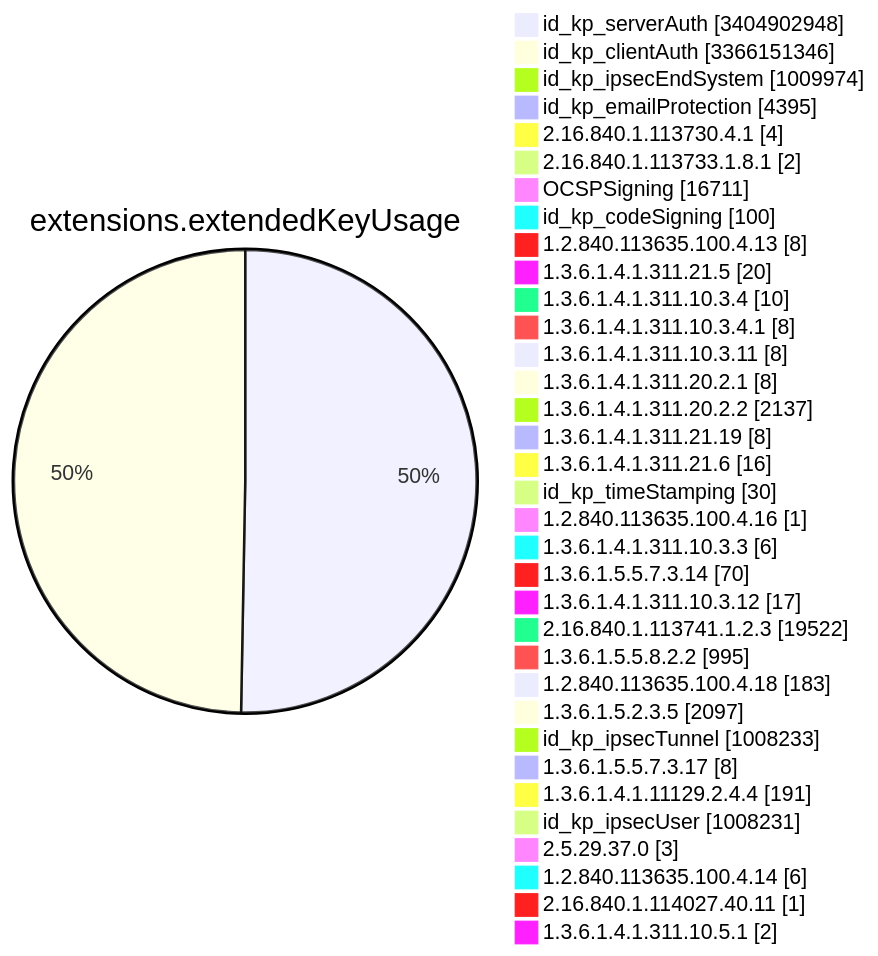
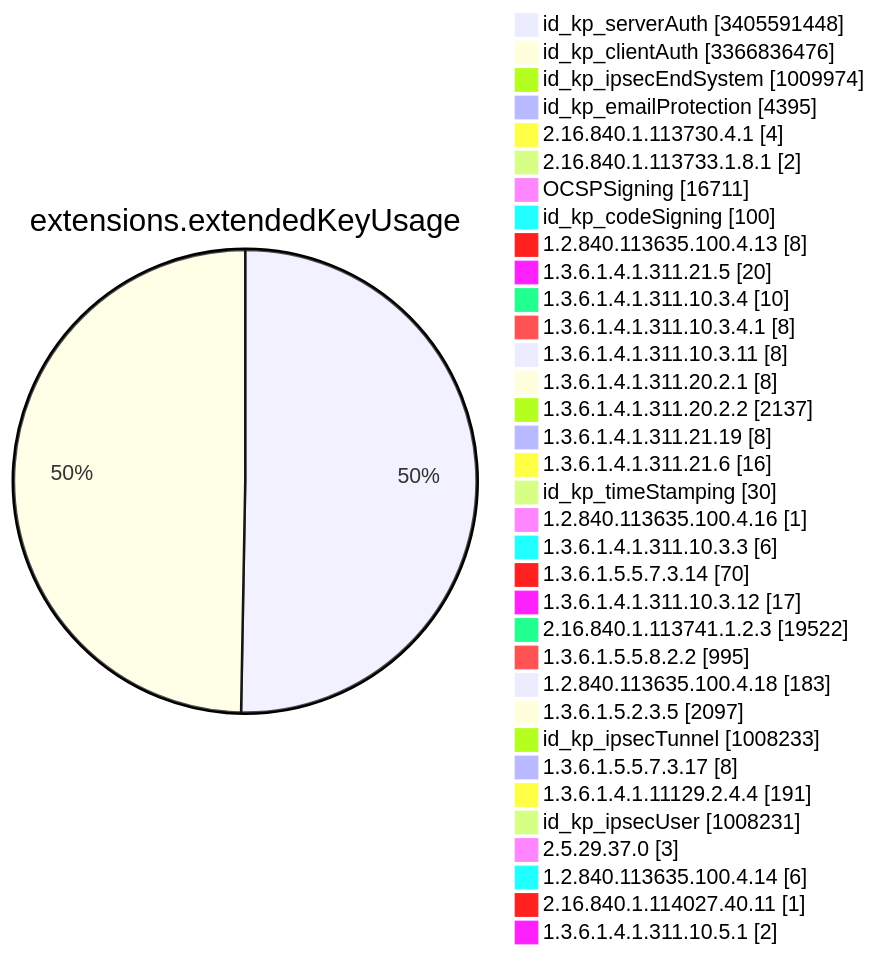
Before and after one commit to christiankrug/ctmonitor_visualization: diagram 11 of 15 in TOTAL/README.md, drawn with Mermaid. The commit also changed other lines of this file, not shown here.

````diff
--- a/TOTAL/README.md
+++ b/TOTAL/README.md
@@ -4121,38 +4121,38 @@
 ```mermaid
 pie showData
 title extensions.extendedKeyUsage
-"id_kp_serverAuth" :3404902948
-"id_kp_clientAuth" :3366151346
+"id_kp_serverAuth" :3405591448
+"id_kp_clientAuth" :3366836476
 "id_kp_ipsecEndSystem" :1009974
 "id_kp_emailProtection" :4395
 "2.16.840.1.113730.4.1" :4
 "2.16.840.1.113733.1.8.1" :2
 "OCSPSigning" :16711
 "id_kp_codeSigning" :100
 "1.2.840.113635.100.4.13" :8
 "1.3.6.1.4.1.311.21.5" :20
 "1.3.6.1.4.1.311.10.3.4" :10
 "1.3.6.1.4.1.311.10.3.4.1" :8
 "1.3.6.1.4.1.311.10.3.11" :8
 "1.3.6.1.4.1.311.20.2.1" :8
 "1.3.6.1.4.1.311.20.2.2" :2137
 "1.3.6.1.4.1.311.21.19" :8
 "1.3.6.1.4.1.311.21.6" :16
 "id_kp_timeStamping" :30
 "1.2.840.113635.100.4.16" :1
 "1.3.6.1.4.1.311.10.3.3" :6
 "1.3.6.1.5.5.7.3.14" :70
 "1.3.6.1.4.1.311.10.3.12" :17
 "2.16.840.1.113741.1.2.3" :19522
 "1.3.6.1.5.5.8.2.2" :995
 "1.2.840.113635.100.4.18" :183
 "1.3.6.1.5.2.3.5" :2097
 "id_kp_ipsecTunnel" :1008233
 "1.3.6.1.5.5.7.3.17" :8
 "1.3.6.1.4.1.11129.2.4.4" :191
 "id_kp_ipsecUser" :1008231
 "2.5.29.37.0" :3
 "1.2.840.113635.100.4.14" :6
 "2.16.840.1.114027.40.11" :1
 "1.3.6.1.4.1.311.10.5.1" :2
 ```
````
